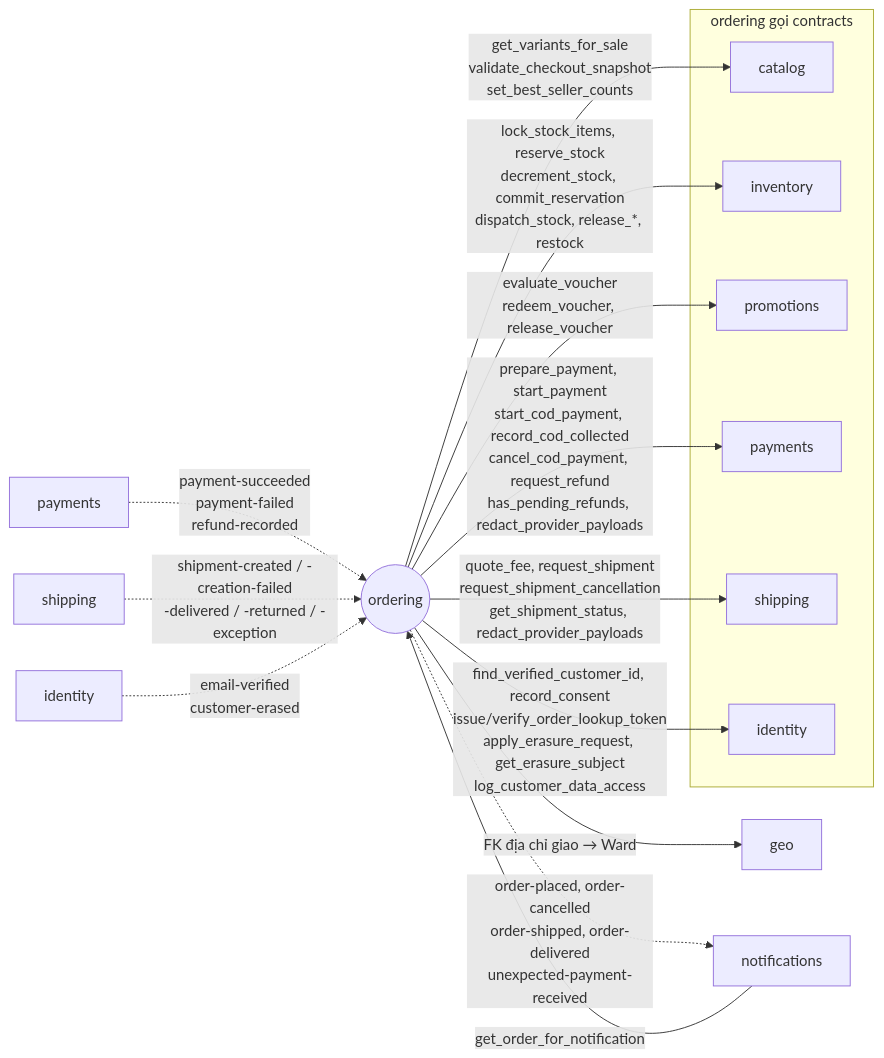
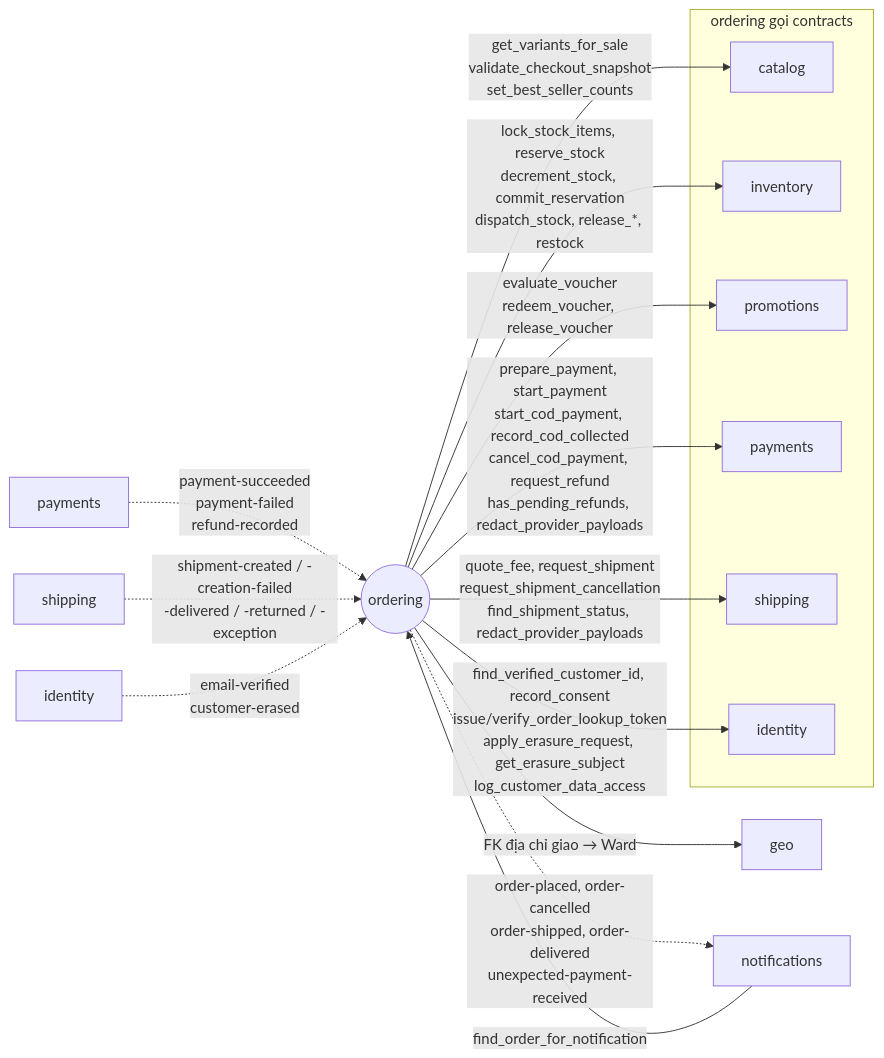
Before and after one commit to LuongCongThanh/fashion-store-backend: the diagram in docs/architecture/modules/ordering.md, drawn with Mermaid. The commit also changed other lines of this file and 12 other files, not shown here.

````diff
--- a/docs/architecture/modules/ordering.md
+++ b/docs/architecture/modules/ordering.md
@@ -57,28 +57,28 @@
 ```mermaid
 graph LR
     subgraph calls["ordering gọi contracts"]
         catalog
         inventory
         promotions
         payments_c[payments]
         shipping_c[shipping]
         identity_c[identity]
     end
 
     ordering((ordering))
 
     ordering -->|"get_variants_for_sale<br/>validate_checkout_snapshot<br/>set_best_seller_counts"| catalog
     ordering -->|"lock_stock_items, reserve_stock<br/>decrement_stock, commit_reservation<br/>dispatch_stock, release_*, restock"| inventory
     ordering -->|"evaluate_voucher<br/>redeem_voucher, release_voucher"| promotions
     ordering -->|"prepare_payment, start_payment<br/>start_cod_payment, record_cod_collected<br/>cancel_cod_payment, request_refund<br/>has_pending_refunds, redact_provider_payloads"| payments_c
-    ordering -->|"quote_fee, request_shipment<br/>request_shipment_cancellation<br/>get_shipment_status, redact_provider_payloads"| shipping_c
+    ordering -->|"quote_fee, request_shipment<br/>request_shipment_cancellation<br/>find_shipment_status, redact_provider_payloads"| shipping_c
     ordering -->|"find_verified_customer_id, record_consent<br/>issue/verify_order_lookup_token<br/>apply_erasure_request, get_erasure_subject<br/>log_customer_data_access"| identity_c
 
     payments_e[payments] -.->|"payment-succeeded<br/>payment-failed<br/>refund-recorded"| ordering
     shipping_e[shipping] -.->|"shipment-created / -creation-failed<br/>-delivered / -returned / -exception"| ordering
     identity_e[identity] -.->|"email-verified<br/>customer-erased"| ordering
     ordering -->|"FK địa chỉ giao → Ward"| geo
 
     ordering -.->|"order-placed, order-cancelled<br/>order-shipped, order-delivered<br/>unexpected-payment-received"| notifications
-    notifications -->|"get_order_for_notification"| ordering
+    notifications -->|"find_order_for_notification"| ordering
 ```
````
